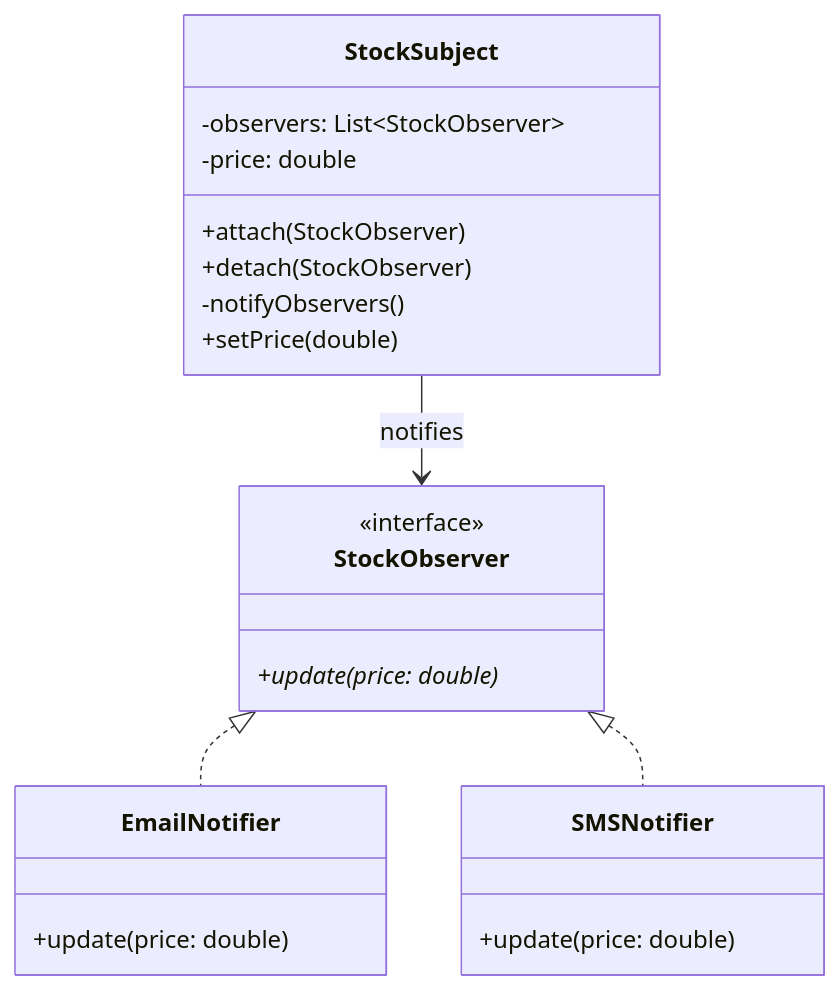
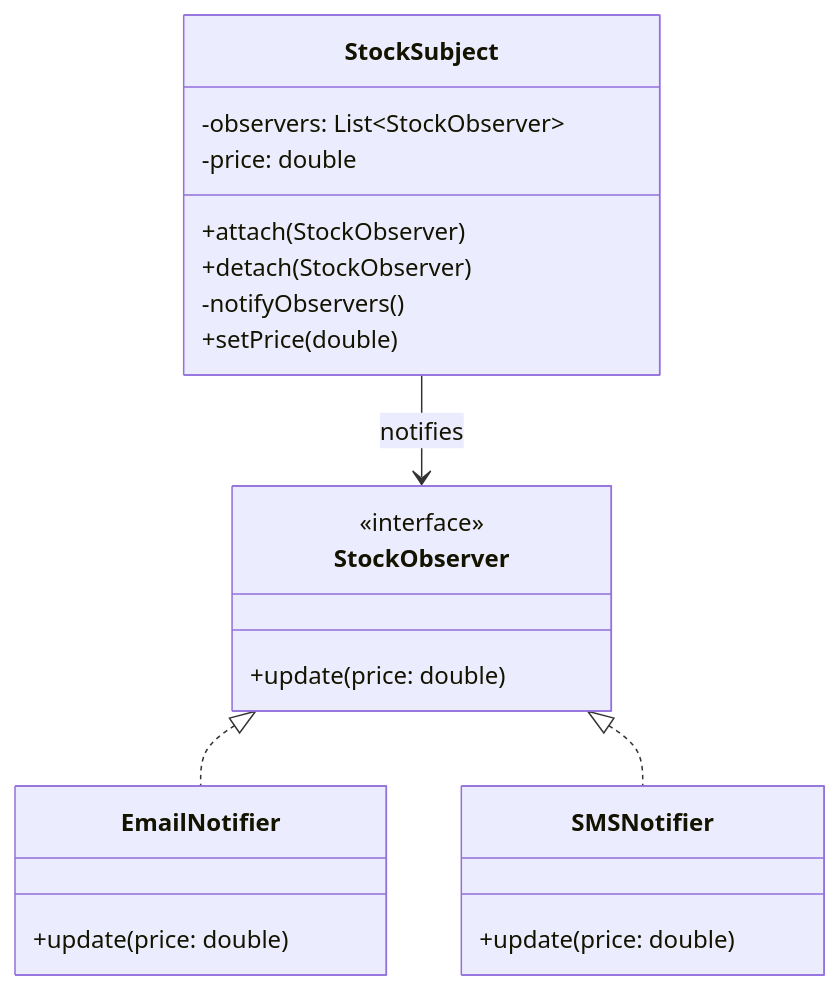
Before and after one commit to shahbaz8584/low-level-design: the diagram in LLD/DesignPattern/behavioralDesign/ObserverPattern/UML/ClassDiagram.md, drawn with Mermaid. The commit also changed 4393 other files, not shown here.

Commit message:
docs: regenerate PDF with SVG diagrams and add pattern references

````diff
--- a/LLD/DesignPattern/behavioralDesign/ObserverPattern/UML/ClassDiagram.md
+++ b/LLD/DesignPattern/behavioralDesign/ObserverPattern/UML/ClassDiagram.md
@@ -3,28 +3,28 @@
 ```mermaid
 classDiagram
     class StockObserver {
         <<interface>>
-        +update(price: double)*
+        +update(price: double)
     }
-    
+
     class EmailNotifier {
         +update(price: double)
     }
-    
+
     class SMSNotifier {
         +update(price: double)
     }
-    
+
     class StockSubject {
         -observers: List~StockObserver~
         -price: double
         +attach(StockObserver)
         +detach(StockObserver)
         -notifyObservers()
         +setPrice(double)
     }
-    
+
     StockObserver <|.. EmailNotifier
     StockObserver <|.. SMSNotifier
     StockSubject --> StockObserver: notifies
 ```
````
